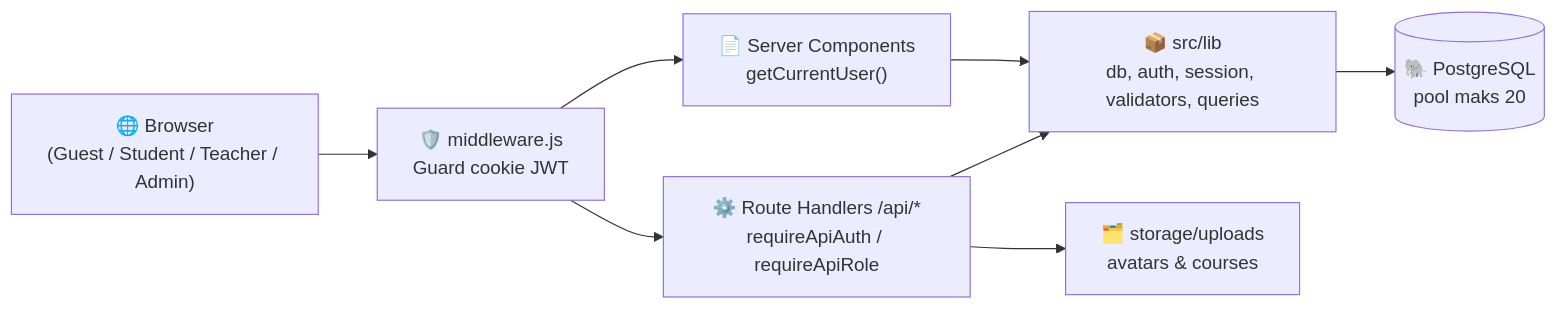
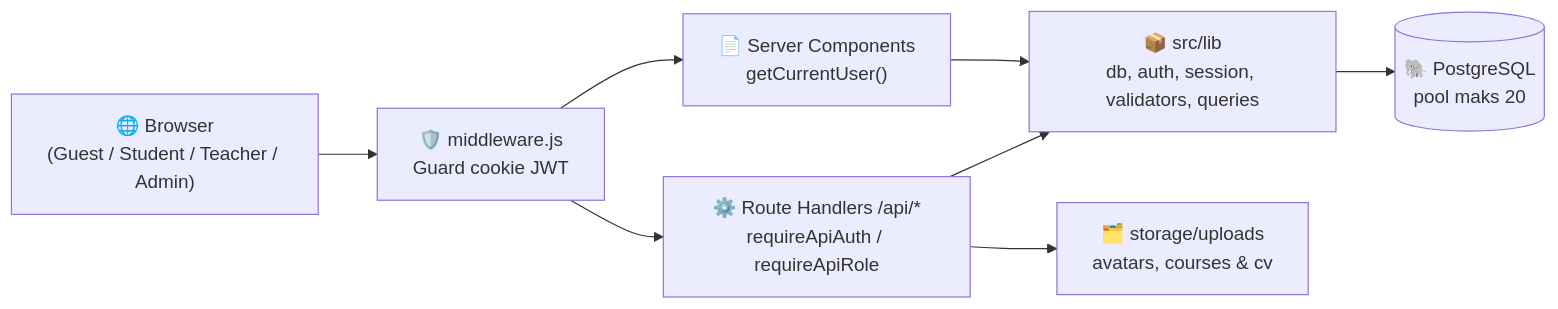
Before and after one commit to achmadtifli-web/Academyya: the diagram in README.md, drawn with Mermaid. The commit also changed other lines of this file, not shown here.

````diff
--- a/README.md
+++ b/README.md
@@ -101,10 +101,10 @@
 ```mermaid
 flowchart LR
     U["🌐 Browser<br/>(Guest / Student / Teacher / Admin)"] --> M["🛡️ middleware.js<br/>Guard cookie JWT"]
     M --> P["📄 Server Components<br/>getCurrentUser()"]
     M --> A["⚙️ Route Handlers /api/*<br/>requireApiAuth / requireApiRole"]
     P --> L["📦 src/lib<br/>db, auth, session, validators, queries"]
     A --> L
     L --> D[("🐘 PostgreSQL<br/>pool maks 20")]
-    A --> S["🗂️ storage/uploads<br/>avatars & courses"]
+    A --> S["🗂️ storage/uploads<br/>avatars, courses & cv"]
 ```
````
